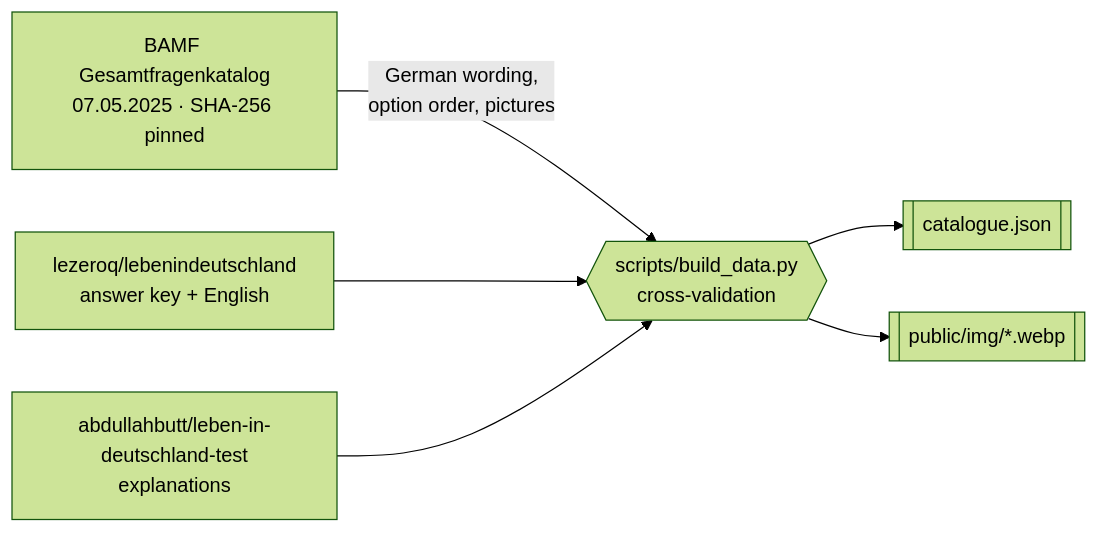
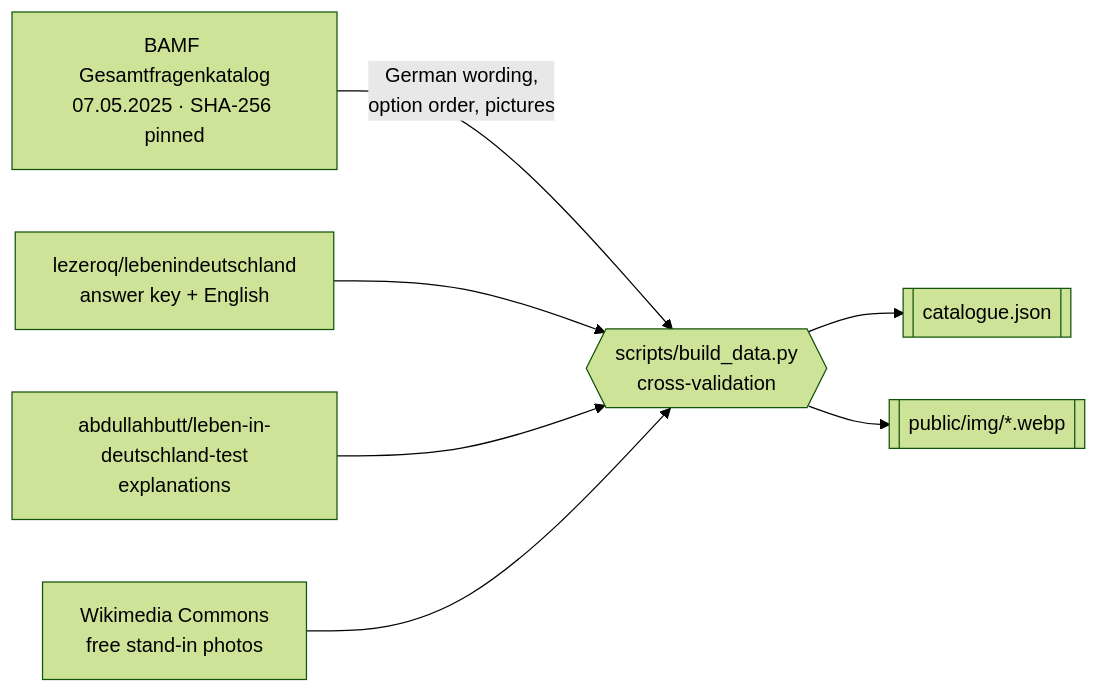
The diagram in docs/question-data.md (IndrajeetPatil/einbuergerungstest), drawn with Mermaid (forest theme) before and after one commit. The commit also changed other lines of this file and 66 other files, not shown here.

````diff
--- a/docs/question-data.md
+++ b/docs/question-data.md
@@ -20,12 +21,14 @@
 ```mermaid
 flowchart LR
   PDF["BAMF Gesamtfragenkatalog<br/>07.05.2025 · SHA-256 pinned"]
   LZ["lezeroq/lebenindeutschland<br/>answer key + English"]
   AB["abdullahbutt/leben-in-deutschland-test<br/>explanations"]
+  WC["Wikimedia Commons<br/>free stand-in photos"]
   Build{{"scripts/build_data.py<br/>cross-validation"}}
   PDF -- "German wording,<br/>option order, pictures" --> Build
   LZ --> Build
   AB --> Build
+  WC --> Build
   Build --> JSON[["catalogue.json"]]
   Build --> IMG[["public/img/*.webp"]]
 ```
````
